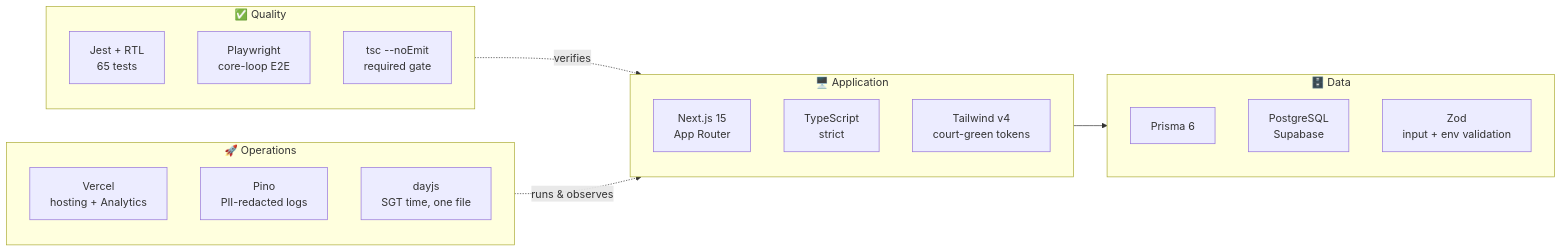
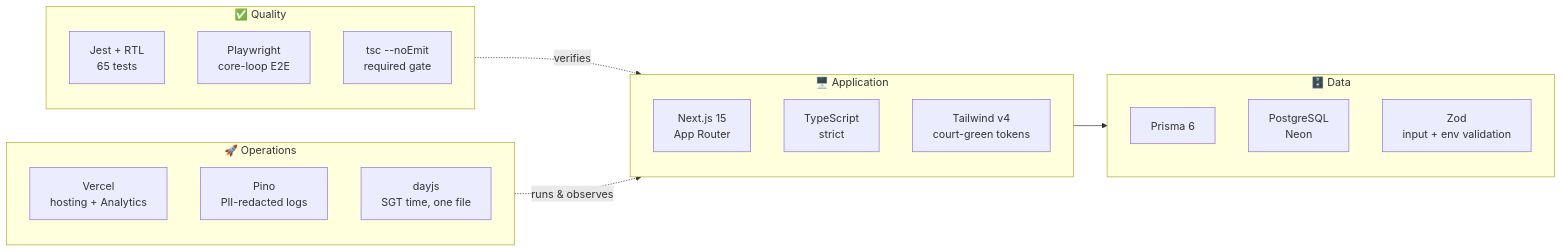
One commit to lcjj346/BadmintonCourts changed the first of 3 diagrams in README.md. Above: the diagram before and after it, drawn with Mermaid. The commit also changed other lines of this file and 28 other files, not shown here.

````diff
--- a/README.md
+++ b/README.md
@@ -46,26 +65,26 @@
 ```mermaid
 flowchart LR
     subgraph app ["🖥️ Application"]
         NEXT["Next.js 15<br/>App Router"]
         TS["TypeScript<br/>strict"]
         TW["Tailwind v4<br/>court-green tokens"]
     end
     subgraph data ["🗄️ Data"]
         PRISMA["Prisma 6"]
-        PG["PostgreSQL<br/>Supabase"]
+        PG["PostgreSQL<br/>Neon"]
         ZOD["Zod<br/>input + env validation"]
     end
     subgraph quality ["✅ Quality"]
         JEST["Jest + RTL<br/>65 tests"]
         PW["Playwright<br/>core-loop E2E"]
         TSC["tsc --noEmit<br/>required gate"]
     end
     subgraph ops ["🚀 Operations"]
         VERCEL["Vercel<br/>hosting + Analytics"]
         PINO["Pino<br/>PII-redacted logs"]
         DAYJS["dayjs<br/>SGT time, one file"]
     end
     app --> data
     quality -.verifies.-> app
     ops -.runs & observes.-> app
 ```
````
